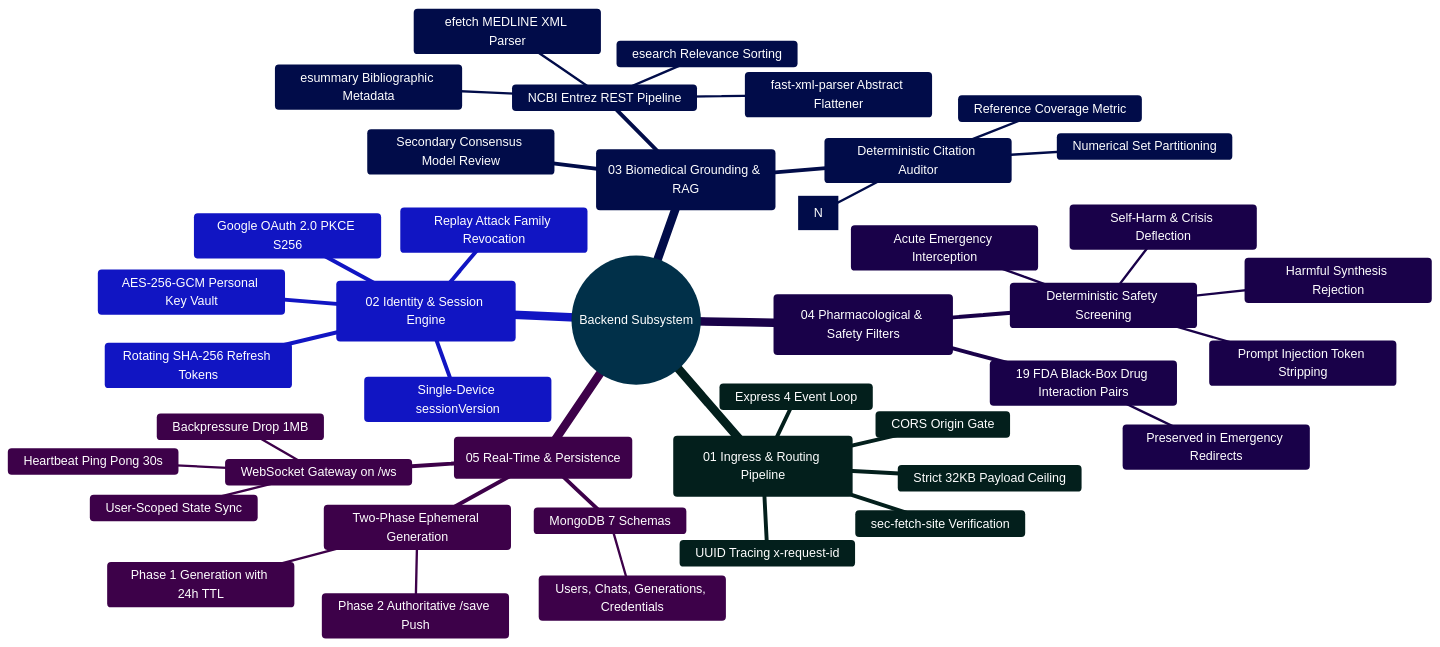
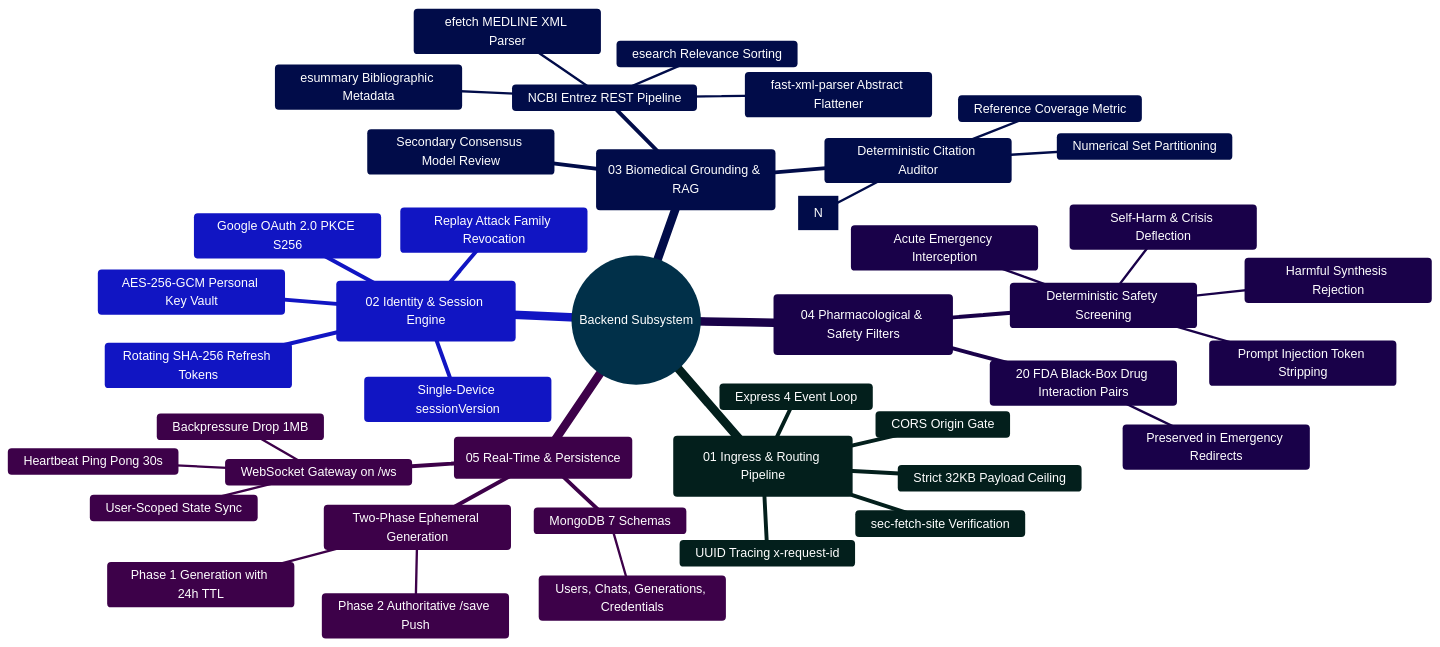
The first of 2 diagrams in backend/README.md (Ganesh172919/React-App-LLM), drawn with Mermaid before and after one commit. The commit also changed other lines of this file and 53 other files, not shown here.

````diff
--- a/backend/README.md
+++ b/backend/README.md
@@ -73,47 +73,47 @@
 ```mermaid
 %%{init: {'theme': 'base', 'themeVariables': { 'primaryColor': '#0284c7', 'primaryTextColor': '#ffffff', 'primaryBorderColor': '#0369a1', 'lineColor': '#0284c7', 'secondaryColor': '#0d9488', 'tertiaryColor': '#6366f1' }}}%%
 mindmap
   root((Backend Subsystem))
     ::icon(fa fa-server)
     (01 Ingress & Routing Pipeline)
       Express 4 Event Loop
       UUID Tracing x-request-id
       CORS Origin Gate
       sec-fetch-site Verification
       Strict 32KB Payload Ceiling
     (02 Identity & Session Engine)
       Single-Device sessionVersion
       Rotating SHA-256 Refresh Tokens
       Replay Attack Family Revocation
       Google OAuth 2.0 PKCE S256
       AES-256-GCM Personal Key Vault
     (03 Biomedical Grounding & RAG)
       NCBI Entrez REST Pipeline
         esearch Relevance Sorting
         esummary Bibliographic Metadata
         efetch MEDLINE XML Parser
         fast-xml-parser Abstract Flattener
       Deterministic Citation Auditor
         Bracket Regex Extraction [N]
         Numerical Set Partitioning
         Reference Coverage Metric
       Secondary Consensus Model Review
     (04 Pharmacological & Safety Filters)
       Deterministic Safety Screening
         Self-Harm & Crisis Deflection
         Acute Emergency Interception
         Harmful Synthesis Rejection
         Prompt Injection Token Stripping
-      19 FDA Black-Box Drug Interaction Pairs
+      20 FDA Black-Box Drug Interaction Pairs
         Preserved in Emergency Redirects
     (05 Real-Time & Persistence)
       Two-Phase Ephemeral Generation
         Phase 1 Generation with 24h TTL
         Phase 2 Authoritative /save Push
       WebSocket Gateway on /ws
         Heartbeat Ping Pong 30s
         Backpressure Drop 1MB
         User-Scoped State Sync
       MongoDB 7 Schemas
         Users, Chats, Generations, Credentials
 ```
````
